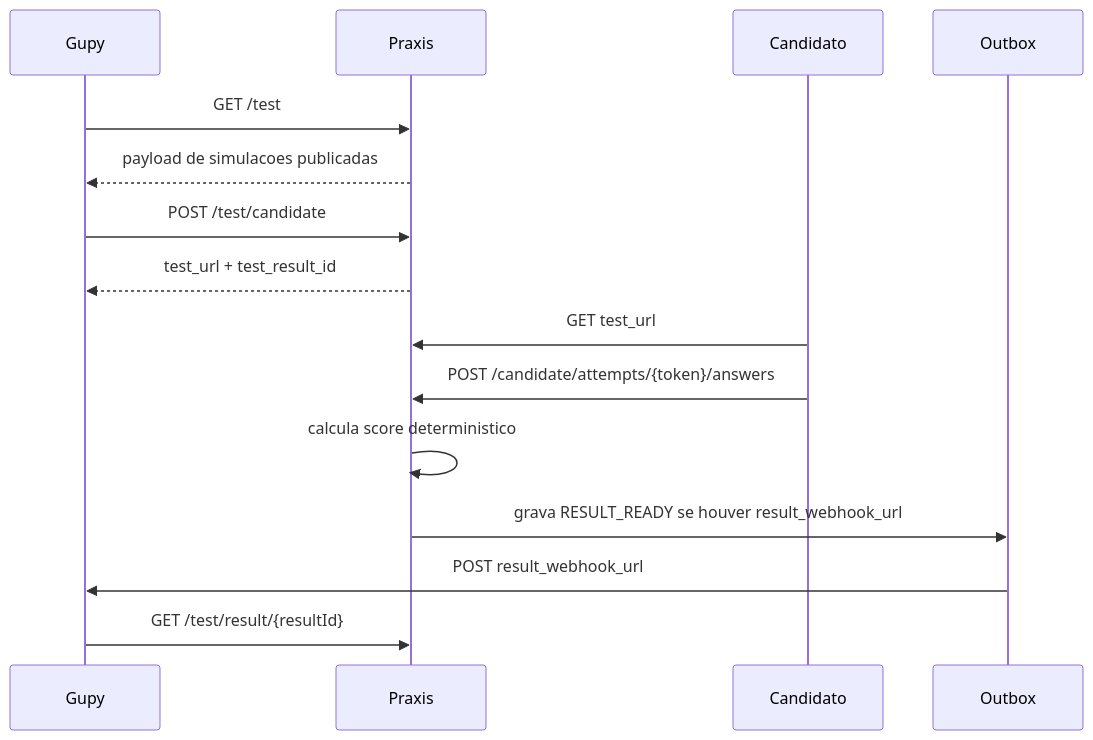
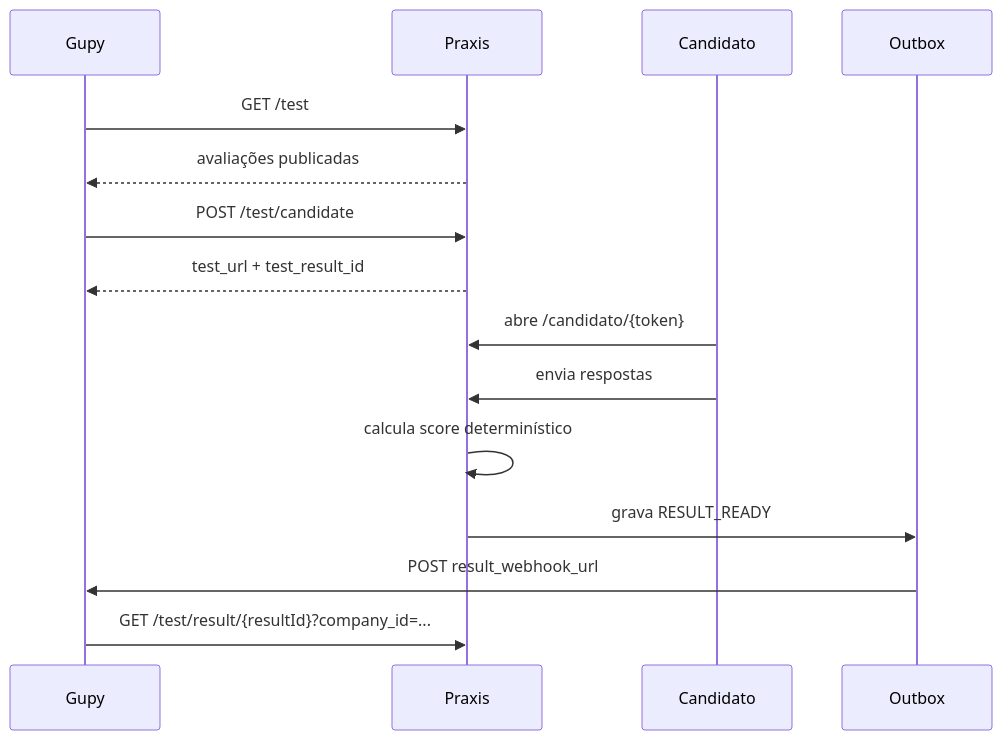
The first of 2 diagrams in docs/INTEGRACAO-GUPY-PROVEDOR.md (diogo2806/praxis), drawn with Mermaid before and after one commit. The commit also changed other lines of this file, not shown here.

Commit message:
docs: mapear compatibilidade oficial da Gupy

````diff
--- a/docs/INTEGRACAO-GUPY-PROVEDOR.md
+++ b/docs/INTEGRACAO-GUPY-PROVEDOR.md
@@ -135,18 +221,18 @@
 ```mermaid
 sequenceDiagram
   participant Gupy
   participant Praxis
   participant Candidato
   participant Outbox
 
   Gupy->>Praxis: GET /test
-  Praxis-->>Gupy: payload de simulacoes publicadas
+  Praxis-->>Gupy: avaliações publicadas
   Gupy->>Praxis: POST /test/candidate
   Praxis-->>Gupy: test_url + test_result_id
-  Candidato->>Praxis: GET test_url
-  Candidato->>Praxis: POST /candidate/attempts/{token}/answers
-  Praxis->>Praxis: calcula score deterministico
-  Praxis->>Outbox: grava RESULT_READY se houver result_webhook_url
+  Candidato->>Praxis: abre /candidato/{token}
+  Candidato->>Praxis: envia respostas
+  Praxis->>Praxis: calcula score determinístico
+  Praxis->>Outbox: grava RESULT_READY
   Outbox->>Gupy: POST result_webhook_url
-  Gupy->>Praxis: GET /test/result/{resultId}
+  Gupy->>Praxis: GET /test/result/{resultId}?company_id=...
 ```
````
